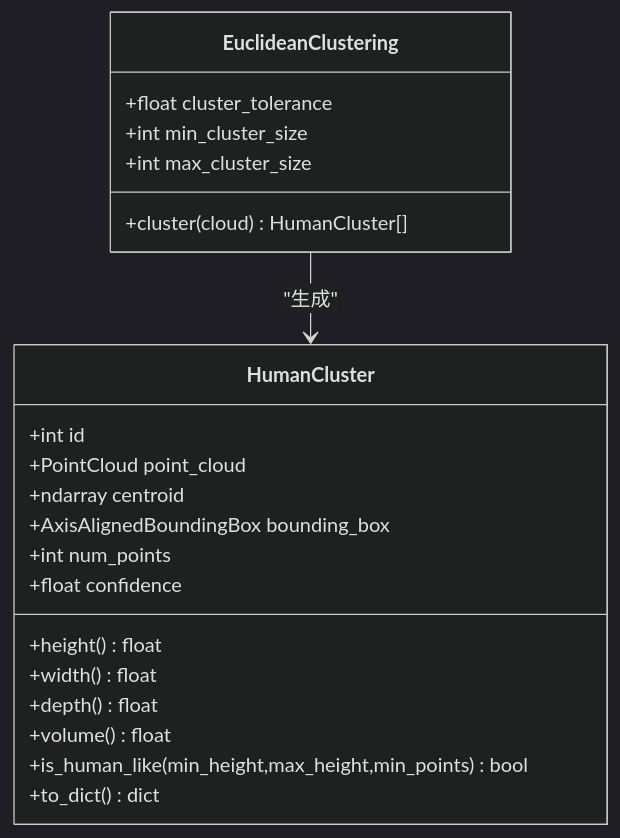
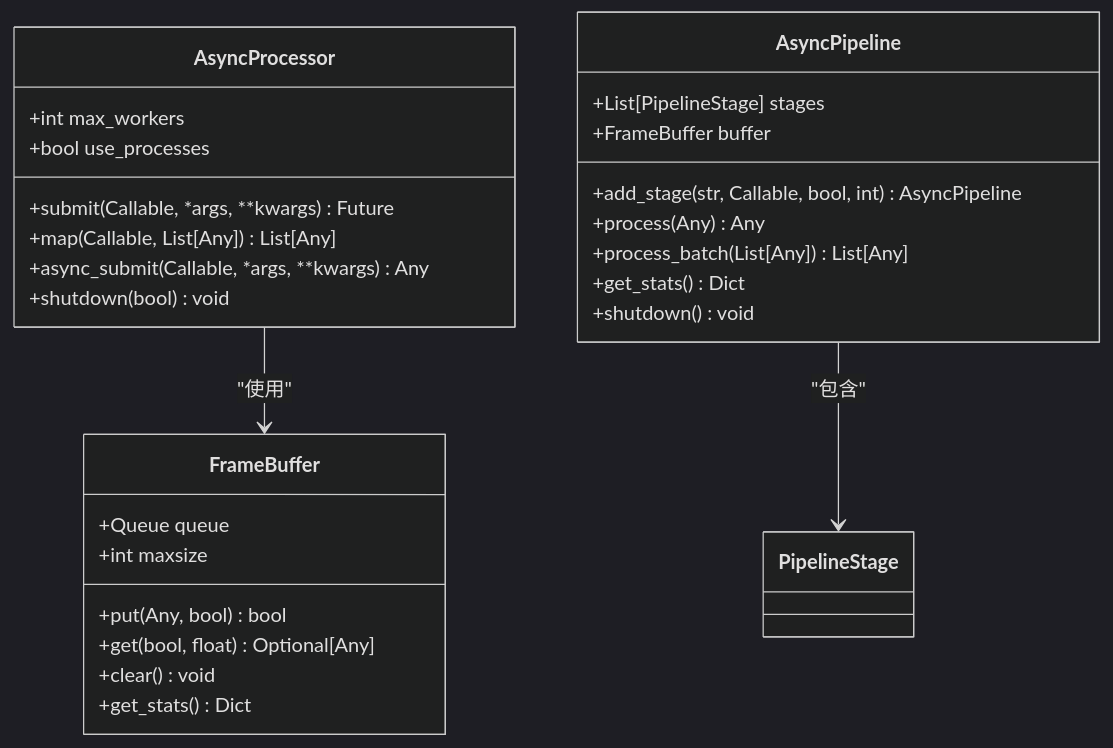
The fifth of 6 diagrams in .qoder/repowiki/zh/content/开发指南/开发指南.md (nanfeng2021/fall-detection-system), drawn with Mermaid (dark theme) before and after one commit. The commit also changed other lines of this file and 16 other files, not shown here.

````diff
--- a/.qoder/repowiki/zh/content/开发指南/开发指南.md
+++ b/.qoder/repowiki/zh/content/开发指南/开发指南.md
@@ -188,24 +274,30 @@
 ```mermaid
 classDiagram
-class HumanCluster {
-+int id
-+PointCloud point_cloud
-+ndarray centroid
-+AxisAlignedBoundingBox bounding_box
-+int num_points
-+float confidence
-+height() float
-+width() float
-+depth() float
-+volume() float
-+is_human_like(min_height,max_height,min_points) bool
-+to_dict() dict
+class AsyncProcessor {
++int max_workers
++bool use_processes
++submit(Callable, *args, **kwargs) Future
++map(Callable, List[Any]) List[Any]
++async_submit(Callable, *args, **kwargs) Any
++shutdown(bool) void
 }
-class EuclideanClustering {
-+float cluster_tolerance
-+int min_cluster_size
-+int max_cluster_size
-+cluster(cloud) HumanCluster[]
+class FrameBuffer {
++Queue queue
++int maxsize
++put(Any, bool) bool
++get(bool, float) Optional[Any]
++clear() void
++get_stats() Dict
 }
-EuclideanClustering --> HumanCluster : "生成"
+class AsyncPipeline {
++List[PipelineStage] stages
++FrameBuffer buffer
++add_stage(str, Callable, bool, int) AsyncPipeline
++process(Any) Any
++process_batch(List[Any]) List[Any]
++get_stats() Dict
++shutdown() void
+}
+AsyncProcessor --> FrameBuffer : "使用"
+AsyncPipeline --> PipelineStage : "包含"
 ```
````
